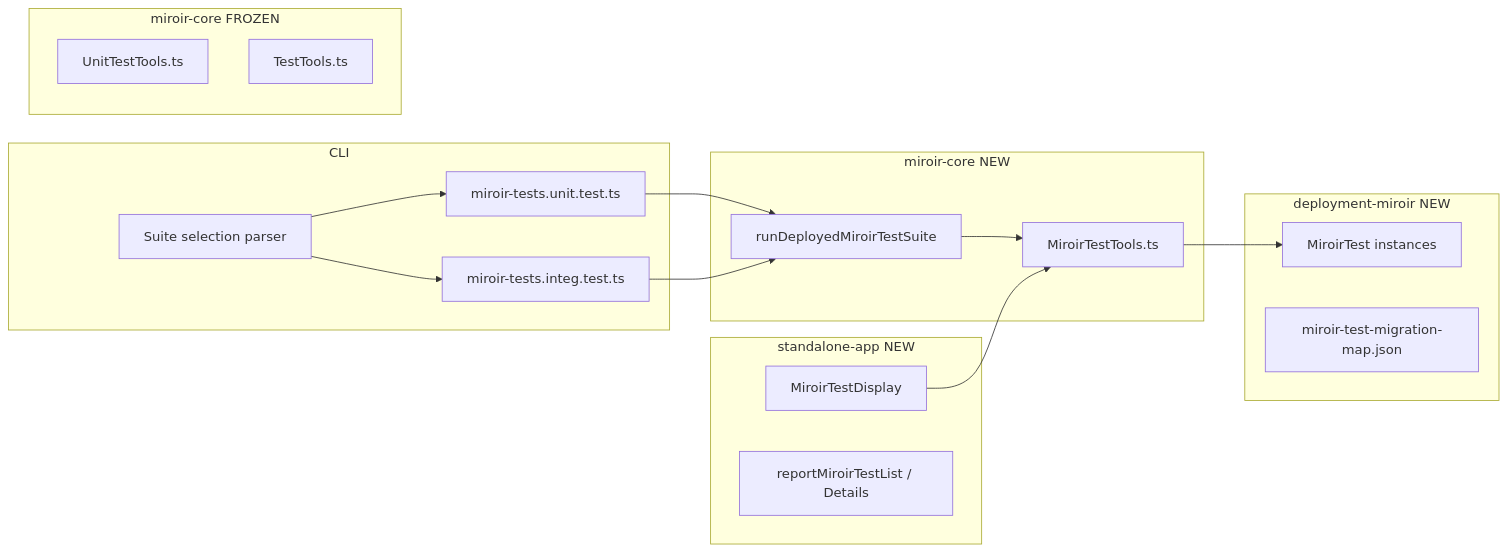
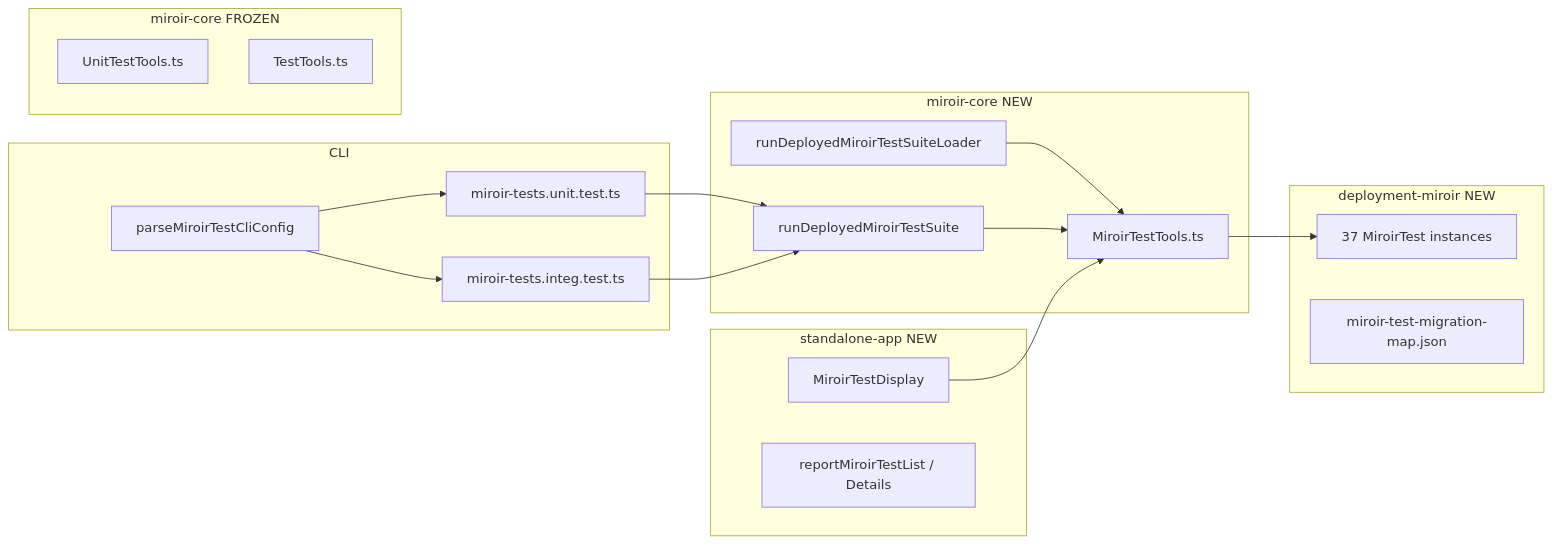
Before and after one commit to miroir-framework/miroir: the diagram in code-helpers/features/196-FEATURE-migrate-tests-to-MiroirTest/plan.md, drawn with Mermaid. The commit also changed other lines of this file and 10 other files, not shown here.

Commit message:
#196 FEATURE: migrate existing Transformer tests and Unit tests to new MiroirTest. A somewhat sloppy update of documentation

````diff
--- a/code-helpers/features/196-FEATURE-migrate-tests-to-MiroirTest/plan.md
+++ b/code-helpers/features/196-FEATURE-migrate-tests-to-MiroirTest/plan.md
@@ -74,36 +78,38 @@
 ```mermaid
 flowchart LR
   subgraph cli [CLI]
     U[miroir-tests.unit.test.ts]
     I[miroir-tests.integ.test.ts]
-    P[Suite selection parser]
+    P[parseMiroirTestCliConfig]
   end
 
   subgraph core [miroir-core NEW]
     MT[MiroirTestTools.ts]
     H[runDeployedMiroirTestSuite]
+    L[runDeployedMiroirTestSuiteLoader]
   end
 
   subgraph legacy [miroir-core FROZEN]
     UT[UnitTestTools.ts]
     TT[TestTools.ts]
   end
 
   subgraph deploy [deployment-miroir NEW]
-    INST[MiroirTest instances]
+    INST[37 MiroirTest instances]
     MAN[miroir-test-migration-map.json]
   end
 
   subgraph ui [standalone-app NEW]
     DISP[MiroirTestDisplay]
     RPT[reportMiroirTestList / Details]
   end
 
   P --> U
   P --> I
   U --> H
   I --> H
+  L --> MT
   H --> MT
   MT --> INST
   DISP --> MT
 ```
````
